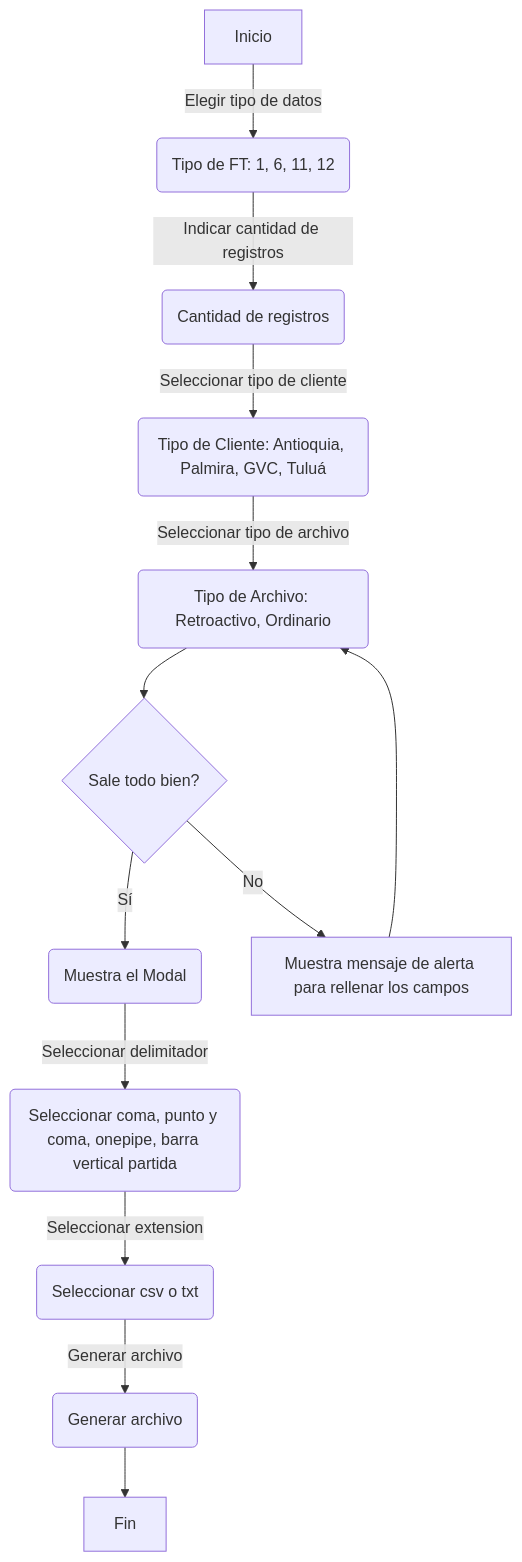
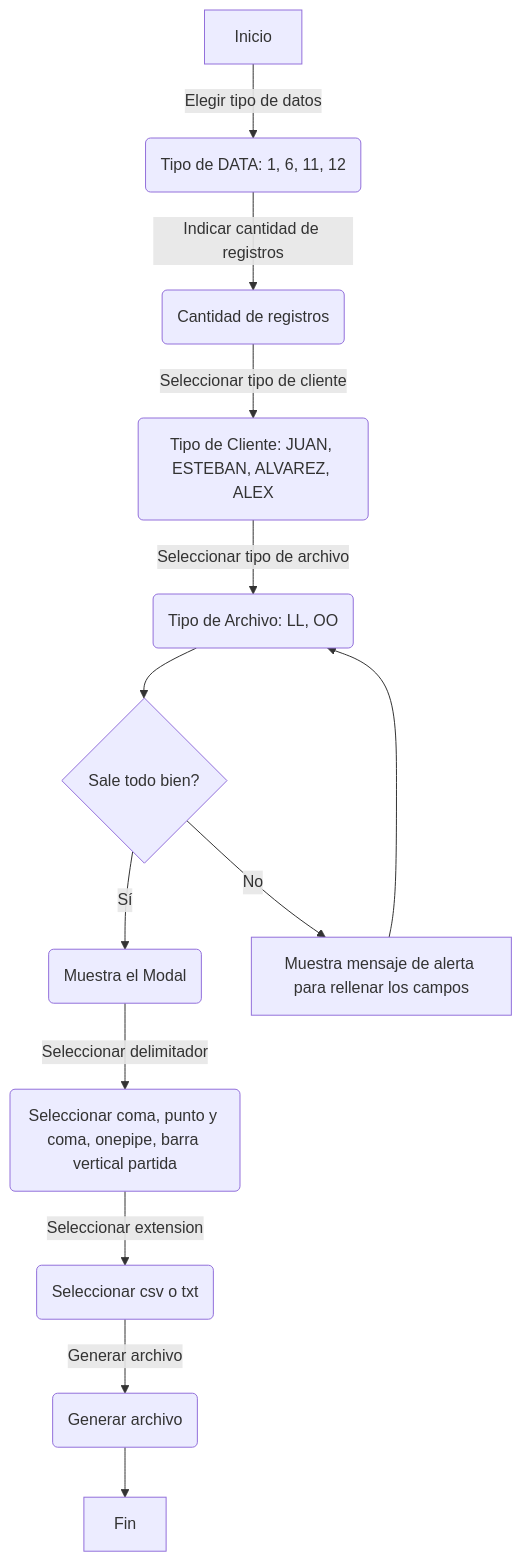
The diagram in README.md (Escobarq/Generador_Datos), drawn with Mermaid before and after one commit. The commit also changed other lines of this file, not shown here.

````diff
--- a/README.md
+++ b/README.md
@@ -32,15 +32,15 @@
 ```mermaid
 graph TD;
-    A[Inicio] -->|Elegir tipo de datos| B(Tipo de FT: 1, 6, 11, 12);
+    A[Inicio] -->|Elegir tipo de datos| B(Tipo de DATA: 1, 6, 11, 12);
     B -->|Indicar cantidad de registros| C(Cantidad de registros);
-    C -->|Seleccionar tipo de cliente| D(Tipo de Cliente: Antioquia, Palmira, GVC, Tuluá);
-    D -->|Seleccionar tipo de archivo| E(Tipo de Archivo: Retroactivo, Ordinario);
+    C -->|Seleccionar tipo de cliente| D(Tipo de Cliente: JUAN, ESTEBAN, ALVAREZ, ALEX);
+    D -->|Seleccionar tipo de archivo| E(Tipo de Archivo: LL, OO);
     E --> F{Sale todo bien?};
     F -->|Sí| G(Muestra el Modal);
     G -->|Seleccionar delimitador| H(Seleccionar coma, punto y coma, onepipe, barra vertical partida);
     H -->|Seleccionar extension| I(Seleccionar csv o txt);
     I -->|Generar archivo| J(Generar archivo);
     J --> K[Fin];
     F -->|No| L[Muestra mensaje de alerta para rellenar los campos];
     L --> E;
 ```
````
